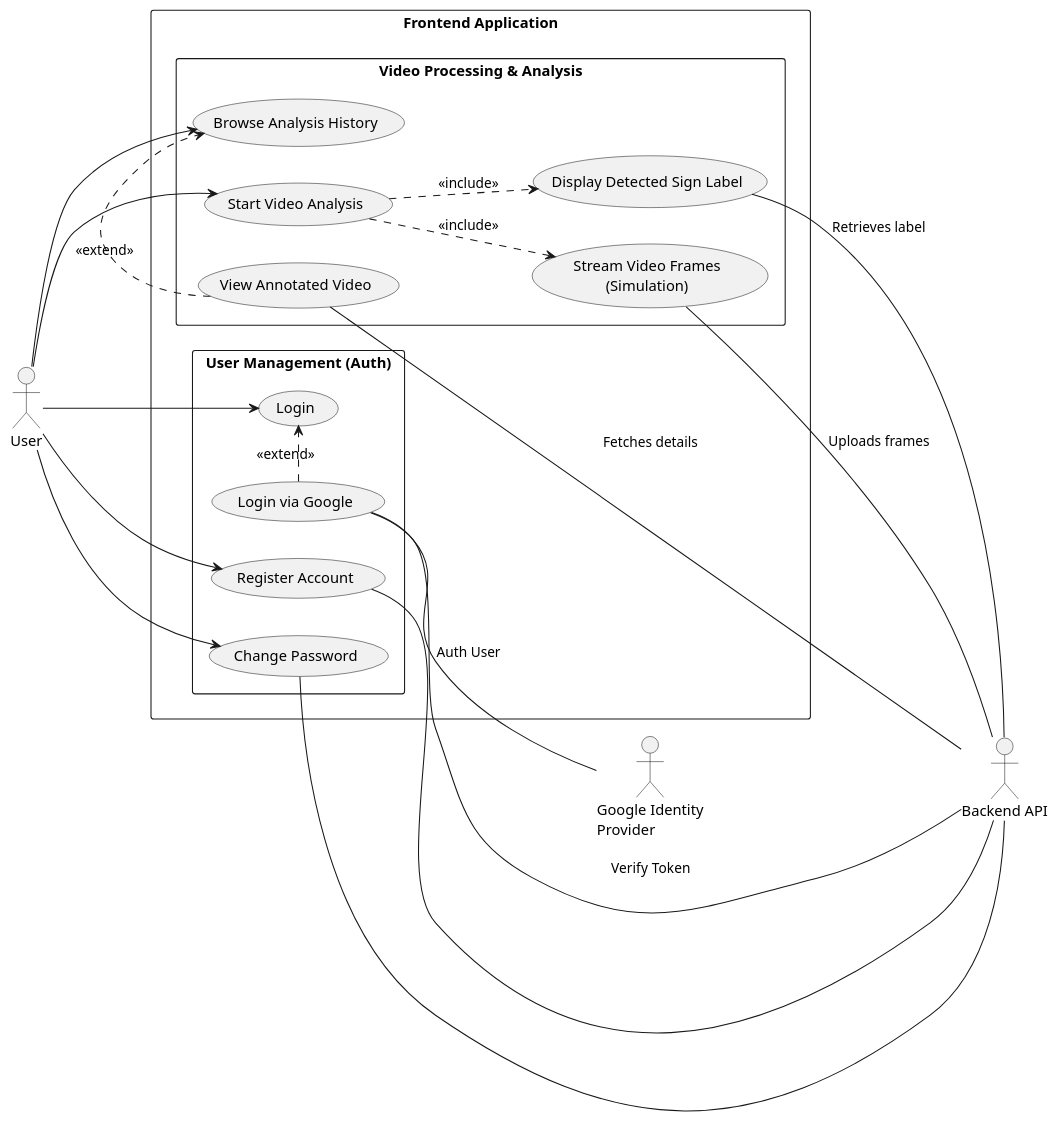
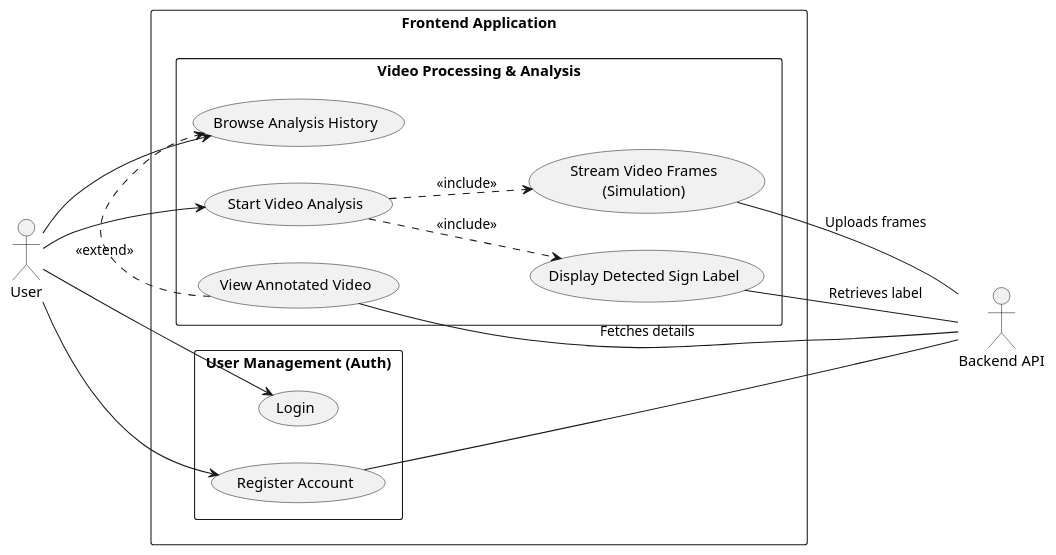
Before and after one commit to Matiar15/engin33ring-thesis: the diagram in docs/use_cases/backend_usecases.puml, drawn with PlantUML. The commit also changed 28 other files, not shown here.

First line of the commit message:
polish-remaining-things chore(docs): clean up use case diagrams and M… (#33)

```diff
--- a/docs/use_cases/backend_usecases.puml
+++ b/docs/use_cases/backend_usecases.puml
@@ -1,57 +1,49 @@
 @startuml
 left to right direction
 skinparam packageStyle rectangle
 
 actor "User" as User
-actor "Google Identity\nProvider" as Google
 actor "Backend API" as Backend
 
 package "Frontend Application" {
 
   rectangle "User Management (Auth)" {
     usecase "Login" as UC_Login
-    usecase "Login via Google" as UC_Google
     usecase "Register Account" as UC_Register
-    usecase "Change Password" as UC_Pass
   }
 
   rectangle "Video Processing & Analysis" {
     usecase "Start Video Analysis" as UC_Start
     usecase "Stream Video Frames\n(Simulation)" as UC_Stream
     usecase "Display Detected Sign Label" as UC_Result
 
     usecase "Browse Analysis History" as UC_History
     usecase "View Annotated Video" as UC_View
   }
 }
 
 ' --- RELACJE AUTH ---
 User --> UC_Login
 User --> UC_Register
-User --> UC_Pass
 
-UC_Google .> UC_Login : <<extend>>
-UC_Google -- Google : "Auth User"
-UC_Google -- Backend : "Verify Token"
 
 UC_Register -- Backend
-UC_Pass -- Backend
 
 ' --- RELACJE WIDEO ---
 User --> UC_Start
 
 ' Logika biznesowa
 UC_Start ..> UC_Stream : <<include>>
 UC_Start ..> UC_Result : <<include>>
 
 ' Połączenia z Backendem (Asocjacje)
 ' Używamy -- (bez strzałki), co oznacza wzajemną komunikację
 UC_Stream -- Backend : "Uploads frames"
 UC_Result -- Backend : "Retrieves label"
 
 ' Historia
 User --> UC_History
 UC_View .> UC_History : <<extend>>
 UC_View -- Backend : "Fetches details"
 
 @enduml
```
